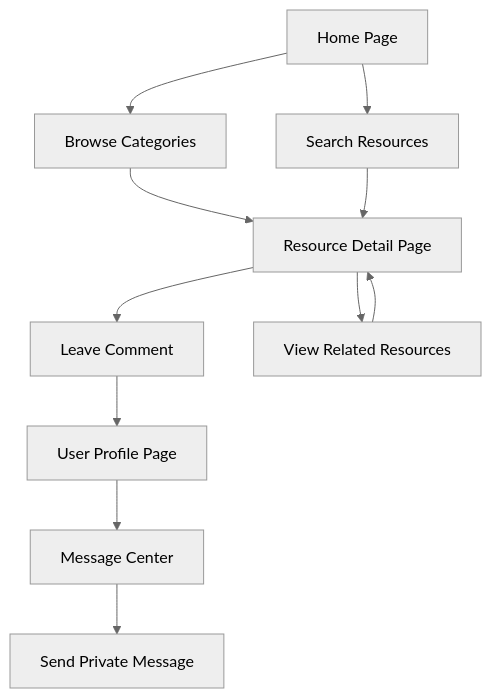
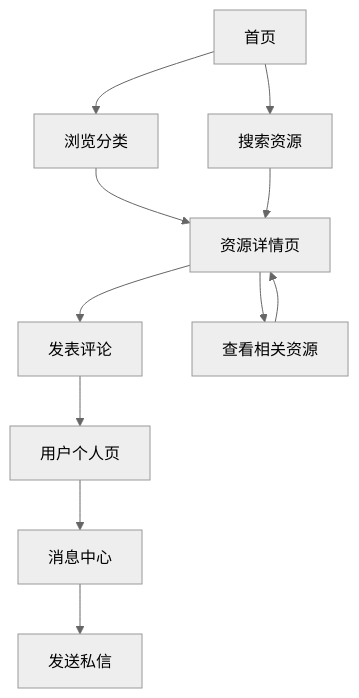
One commit to CNHB5678/-56789 changed the diagram in .trae/documents/PRD.md. Above: the diagram before and after it, drawn with Mermaid (neutral theme). The commit also changed other lines of this file and 27 other files, not shown here.

````diff
--- a/.trae/documents/PRD.md
+++ b/.trae/documents/PRD.md
@@ -41,13 +41,13 @@
 ```mermaid
 graph TD
-  A[Home Page] --> B[Browse Categories]
-  A --> C[Search Resources]
-  B --> D[Resource Detail Page]
+  A[首页] --> B[浏览分类]
+  A --> C[搜索资源]
+  B --> D[资源详情页]
   C --> D
-  D --> E[Leave Comment]
-  D --> F[View Related Resources]
-  E --> G[User Profile Page]
+  D --> E[发表评论]
+  D --> F[查看相关资源]
+  E --> G[用户个人页]
   F --> D
-  G --> H[Message Center]
-  H --> I[Send Private Message]
+  G --> H[消息中心]
+  H --> I[发送私信]
 ```
````
